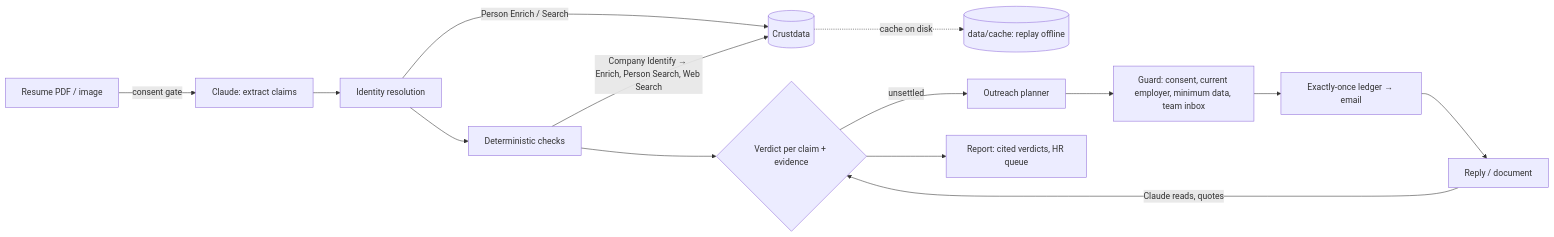
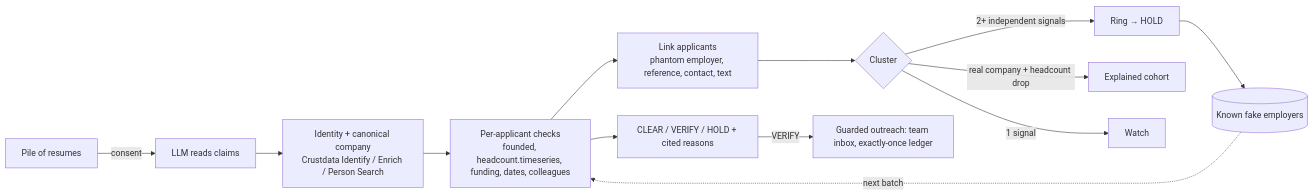
The diagram in README.md (parafoxxx/Contextcon), drawn with Mermaid before and after one commit. The commit also changed other lines of this file, not shown here.

Commit message:
README for the batch / fraud-ring pitch: service, results, hardest cases, what didn't work, diagram

````diff
--- a/README.md
+++ b/README.md
@@ -53,16 +97,15 @@
 ```mermaid
 flowchart LR
-  A[Resume PDF / image] -->|consent gate| B[Claude: extract claims]
-  B --> C[Identity resolution]
-  C -->|Person Enrich / Search| CD[(Crustdata)]
-  C --> D[Deterministic checks]
-  D -->|Company Identify → Enrich, Person Search, Web Search| CD
-  D --> E{Verdict per claim + evidence}
-  E -->|unsettled| F[Outreach planner]
-  F --> G[Guard: consent, current employer, minimum data, team inbox]
-  G --> H[Exactly-once ledger → email]
-  H --> I[Reply / document]
-  I -->|Claude reads, quotes| E
-  E --> R[Report: cited verdicts, HR queue]
-  CD -.cache on disk.-> X[(data/cache: replay offline)]
+  P[Pile of resumes] -->|consent| X[LLM reads claims]
+  X --> I[Identity + canonical company<br/>Crustdata Identify / Enrich / Person Search]
+  I --> K[Per-applicant checks<br/>founded, headcount.timeseries, funding, dates, colleagues]
+  K --> L[Link applicants<br/>phantom employer, reference, contact, text]
+  L --> C{Cluster}
+  C -->|2+ independent signals| R[Ring → HOLD]
+  C -->|real company + headcount drop| H[Explained cohort]
+  C -->|1 signal| W[Watch]
+  K --> D[CLEAR / VERIFY / HOLD + cited reasons]
+  R --> M[(Known fake employers)]
+  M -.next batch.-> K
+  D -->|VERIFY| O[Guarded outreach: team inbox, exactly-once ledger]
 ```
````
